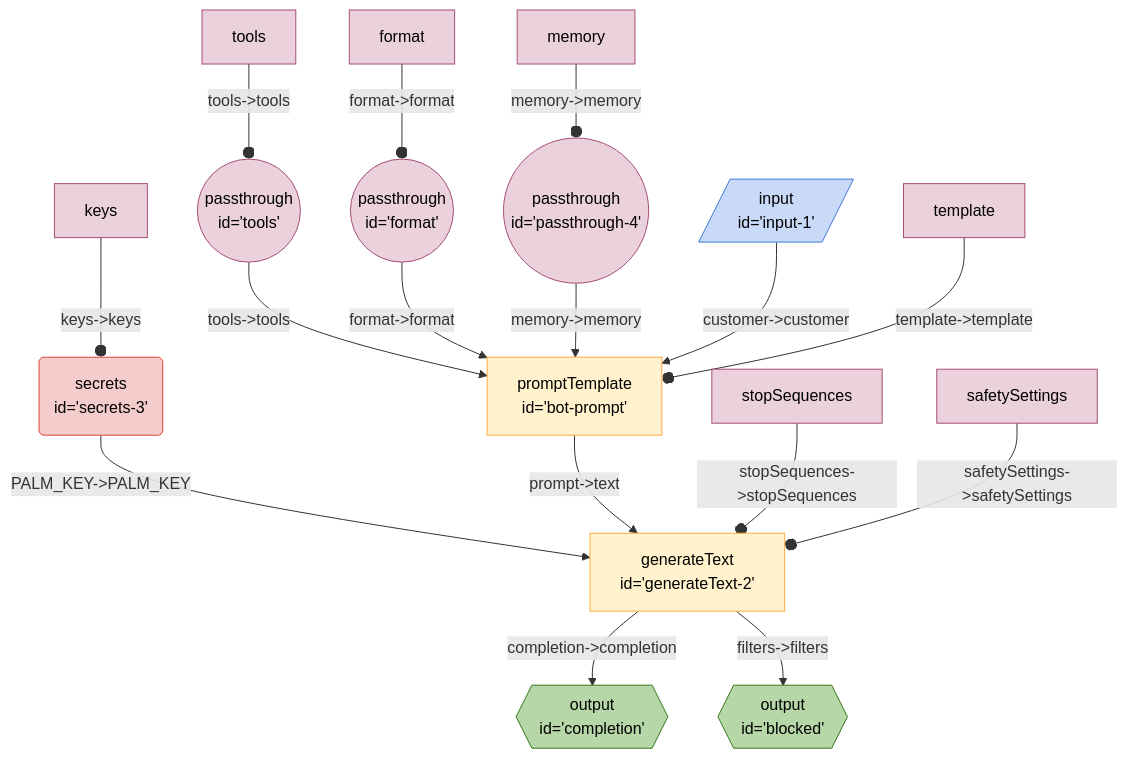
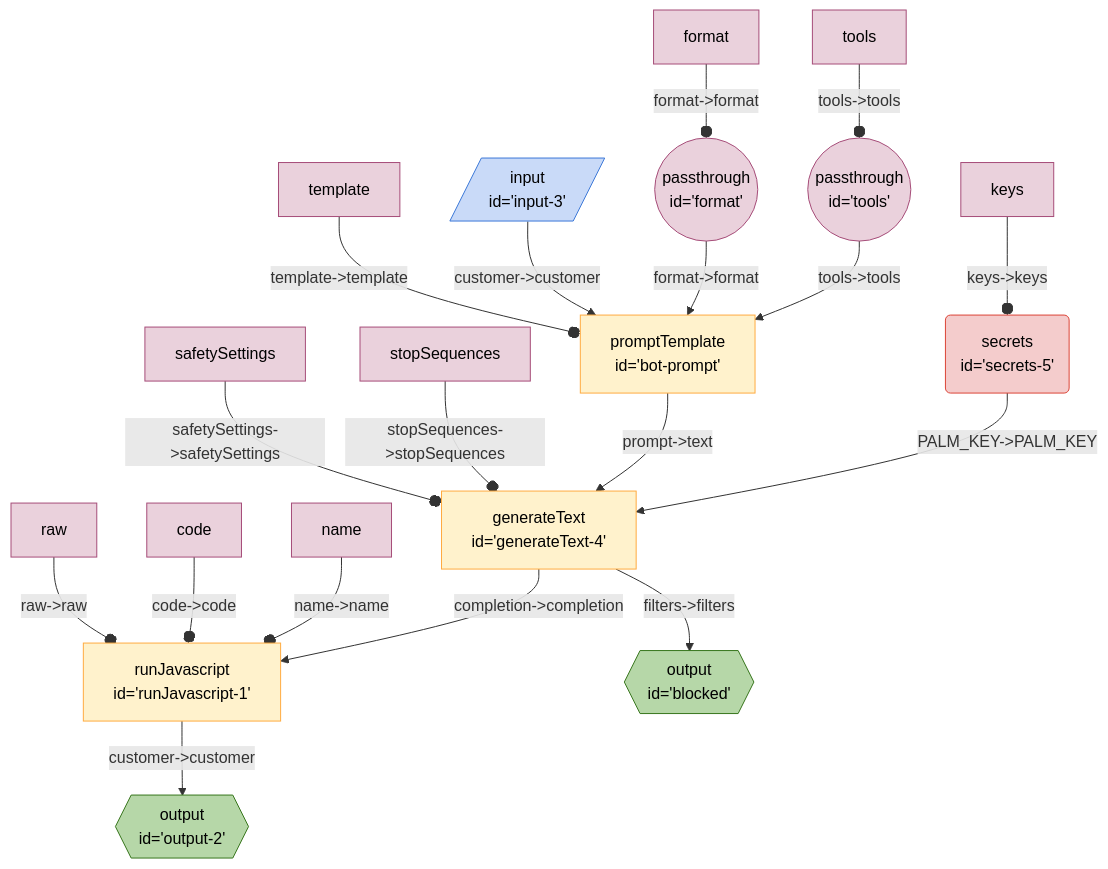
The diagram in seeds/coffe-bot-board/docs/coffee-bot-v2.md (breadboard-ai/breadboard), drawn with Mermaid before and after one commit. The commit also changed 4 other files, not shown here.

Commit message:
[llm-starter] Teach `runJavascript` to output raw JSON.

````diff
--- a/seeds/coffe-bot-board/docs/coffee-bot-v2.md
+++ b/seeds/coffe-bot-board/docs/coffee-bot-v2.md
@@ -3,27 +3,29 @@
 ```mermaid
 %%{init: 'themeVariables': { 'fontFamily': 'Fira Code, monospace' }}%%
 graph TD;
 tools(("passthrough <br> id='tools'")):::passthrough -- "tools->tools" --> botprompt["promptTemplate <br> id='bot-prompt'"]
 format(("passthrough <br> id='format'")):::passthrough -- "format->format" --> botprompt["promptTemplate <br> id='bot-prompt'"]
-generateText2["generateText <br> id='generateText-2'"] -- "completion->completion" --> completion{{"output <br> id='completion'"}}:::output
-generateText2["generateText <br> id='generateText-2'"] -- "filters->filters" --> blocked{{"output <br> id='blocked'"}}:::output
-secrets3("secrets <br> id='secrets-3'"):::secrets -- "PALM_KEY->PALM_KEY" --> generateText2["generateText <br> id='generateText-2'"]
-botprompt["promptTemplate <br> id='bot-prompt'"] -- "prompt->text" --> generateText2["generateText <br> id='generateText-2'"]
-passthrough4(("passthrough <br> id='passthrough-4'")):::passthrough -- "memory->memory" --> botprompt["promptTemplate <br> id='bot-prompt'"]
-input1[/"input <br> id='input-1'"/]:::input -- "customer->customer" --> botprompt["promptTemplate <br> id='bot-prompt'"]
+runJavascript1["runJavascript <br> id='runJavascript-1'"] -- "customer->customer" --> output2{{"output <br> id='output-2'"}}:::output
+generateText4["generateText <br> id='generateText-4'"] -- "completion->completion" --> runJavascript1["runJavascript <br> id='runJavascript-1'"]
+generateText4["generateText <br> id='generateText-4'"] -- "filters->filters" --> blocked{{"output <br> id='blocked'"}}:::output
+secrets5("secrets <br> id='secrets-5'"):::secrets -- "PALM_KEY->PALM_KEY" --> generateText4["generateText <br> id='generateText-4'"]
+botprompt["promptTemplate <br> id='bot-prompt'"] -- "prompt->text" --> generateText4["generateText <br> id='generateText-4'"]
+input3[/"input <br> id='input-3'"/]:::input -- "customer->customer" --> botprompt["promptTemplate <br> id='bot-prompt'"]
 templatebotprompt[template]:::config -- "template->template" --o botprompt
 toolstools[tools]:::config -- "tools->tools" --o tools
 formatformat[format]:::config -- "format->format" --o format
-stopSequencesgenerateText2[stopSequences]:::config -- "stopSequences->stopSequences" --o generateText2
-safetySettingsgenerateText2[safetySettings]:::config -- "safetySettings->safetySettings" --o generateText2
-keyssecrets3[keys]:::config -- "keys->keys" --o secrets3
-memorypassthrough4[memory]:::config -- "memory->memory" --o passthrough4
+namerunJavascript1[name]:::config -- "name->name" --o runJavascript1
+coderunJavascript1[code]:::config -- "code->code" --o runJavascript1
+rawrunJavascript1[raw]:::config -- "raw->raw" --o runJavascript1
+stopSequencesgenerateText4[stopSequences]:::config -- "stopSequences->stopSequences" --o generateText4
+safetySettingsgenerateText4[safetySettings]:::config -- "safetySettings->safetySettings" --o generateText4
+keyssecrets5[keys]:::config -- "keys->keys" --o secrets5
 classDef default stroke:#ffab40,fill:#fff2ccff,color:#000
 classDef input stroke:#3c78d8,fill:#c9daf8ff,color:#000
 classDef output stroke:#38761d,fill:#b6d7a8ff,color:#000
 classDef passthrough stroke:#a64d79,fill:#ead1dcff,color:#000
 classDef slot stroke:#a64d79,fill:#ead1dcff,color:#000
 classDef config stroke:#a64d79,fill:#ead1dcff,color:#000
 classDef secrets stroke:#db4437,fill:#f4cccc,color:#000
 classDef slotted stroke:#a64d79
 ```
````
